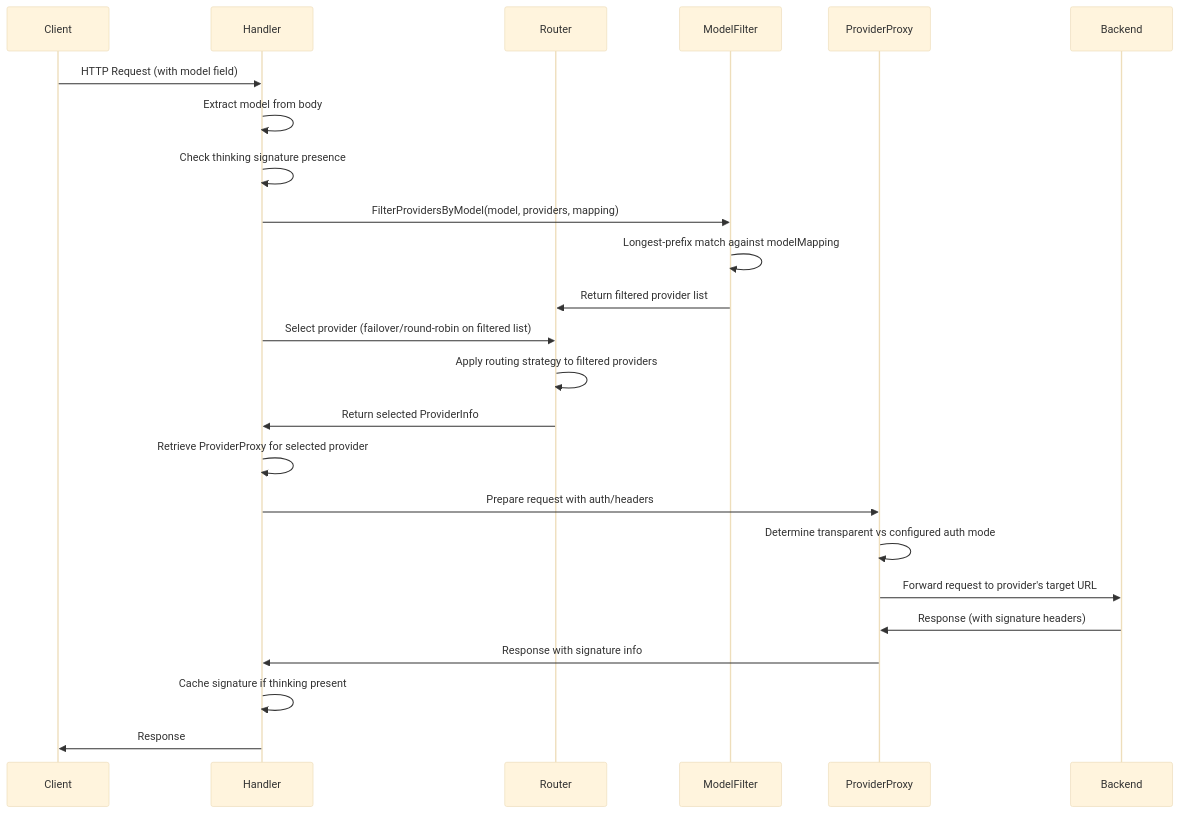
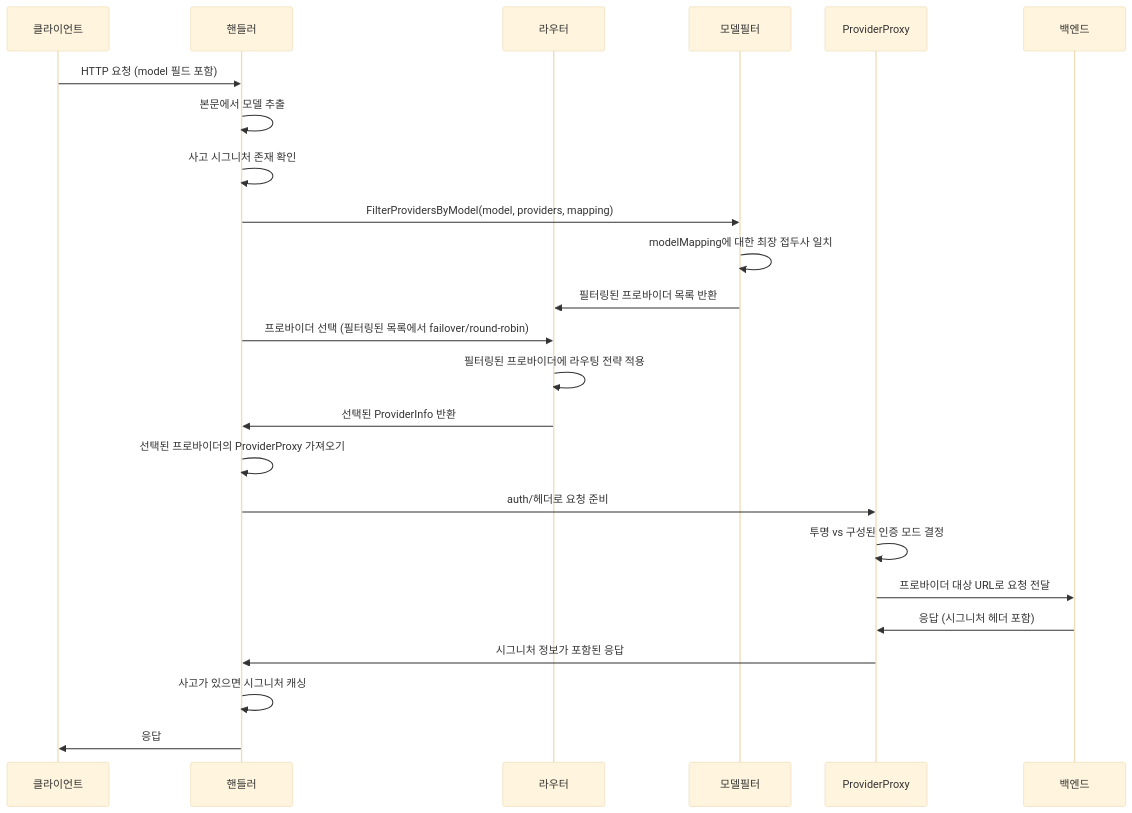
One commit to omarluq/cc-relay changed the second of 5 diagrams in docs-site/content/ko/docs/architecture.md. Above: the diagram before and after it, drawn with Mermaid (base theme). The commit also changed other lines of this file and 4 other files, not shown here.

First line of the commit message:
docs: translate architecture.md to all supported languages

````diff
--- a/docs-site/content/ko/docs/architecture.md
+++ b/docs-site/content/ko/docs/architecture.md
@@ -140,28 +140,28 @@
 ```mermaid
 sequenceDiagram
-    participant Client
-    participant Handler
-    participant Router
-    participant ModelFilter
+    participant Client as 클라이언트
+    participant Handler as 핸들러
+    participant Router as 라우터
+    participant ModelFilter as 모델필터
     participant ProviderProxy
-    participant Backend
+    participant Backend as 백엔드
 
-    Client->>Handler: HTTP Request (with model field)
-    Handler->>Handler: Extract model from body
-    Handler->>Handler: Check thinking signature presence
+    Client->>Handler: HTTP 요청 (model 필드 포함)
+    Handler->>Handler: 본문에서 모델 추출
+    Handler->>Handler: 사고 시그니처 존재 확인
     Handler->>ModelFilter: FilterProvidersByModel(model, providers, mapping)
-    ModelFilter->>ModelFilter: Longest-prefix match against modelMapping
-    ModelFilter->>Router: Return filtered provider list
-    Handler->>Router: Select provider (failover/round-robin on filtered list)
-    Router->>Router: Apply routing strategy to filtered providers
-    Router->>Handler: Return selected ProviderInfo
+    ModelFilter->>ModelFilter: modelMapping에 대한 최장 접두사 일치
+    ModelFilter->>Router: 필터링된 프로바이더 목록 반환
+    Handler->>Router: 프로바이더 선택 (필터링된 목록에서 failover/round-robin)
+    Router->>Router: 필터링된 프로바이더에 라우팅 전략 적용
+    Router->>Handler: 선택된 ProviderInfo 반환
 
-    Handler->>Handler: Retrieve ProviderProxy for selected provider
-    Handler->>ProviderProxy: Prepare request with auth/headers
-    ProviderProxy->>ProviderProxy: Determine transparent vs configured auth mode
-    ProviderProxy->>Backend: Forward request to provider's target URL
-    Backend->>ProviderProxy: Response (with signature headers)
-    ProviderProxy->>Handler: Response with signature info
-    Handler->>Handler: Cache signature if thinking present
-    Handler->>Client: Response
+    Handler->>Handler: 선택된 프로바이더의 ProviderProxy 가져오기
+    Handler->>ProviderProxy: auth/헤더로 요청 준비
+    ProviderProxy->>ProviderProxy: 투명 vs 구성된 인증 모드 결정
+    ProviderProxy->>Backend: 프로바이더 대상 URL로 요청 전달
+    Backend->>ProviderProxy: 응답 (시그니처 헤더 포함)
+    ProviderProxy->>Handler: 시그니처 정보가 포함된 응답
+    Handler->>Handler: 사고가 있으면 시그니처 캐싱
+    Handler->>Client: 응답
 ```
````
